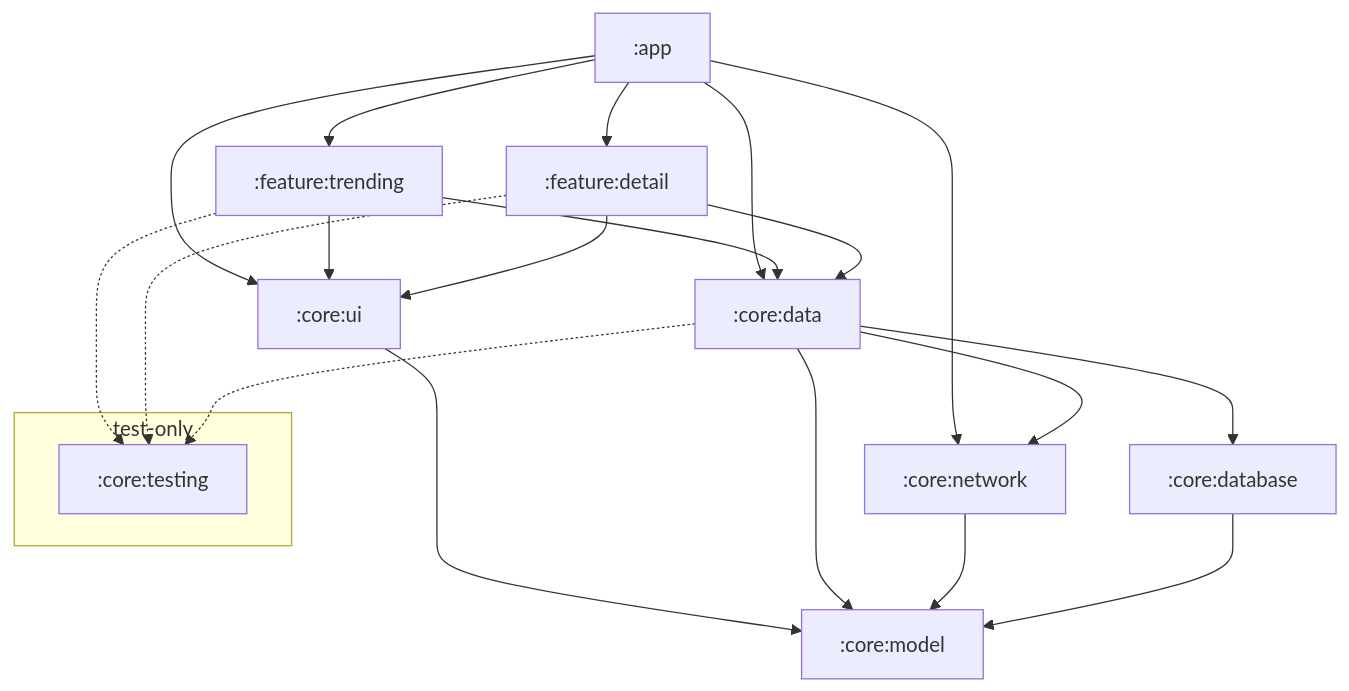
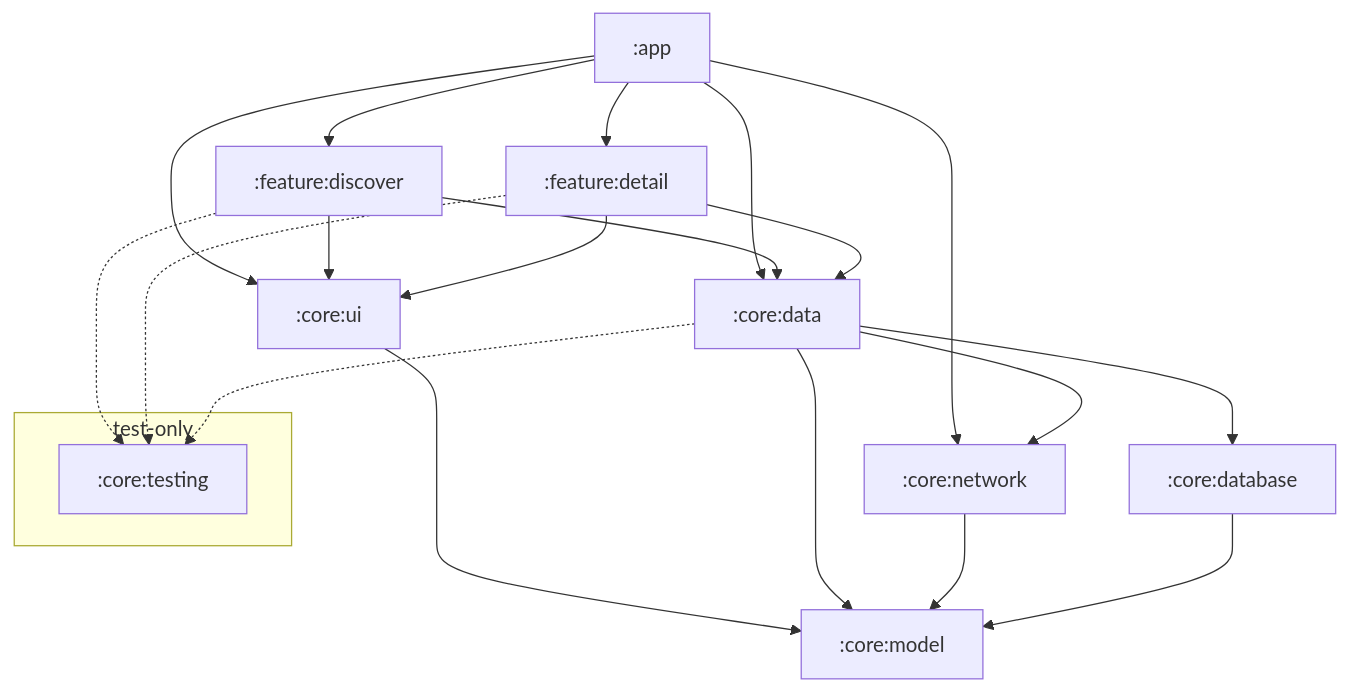
One commit to shayanhimself/AMRO changed the first of 3 diagrams in docs/architecture.md. Above: the diagram before and after it, drawn with Mermaid. The commit also changed other lines of this file and 202 other files, not shown here.

Commit message:
add pagination / switch trending to discover

````diff
--- a/docs/architecture.md
+++ b/docs/architecture.md
@@ -14,40 +14,40 @@
 ```mermaid
 graph TD
     app[":app"]
 
-    trending[":feature:trending"]
+    discover[":feature:discover"]
     detail[":feature:detail"]
 
     ui[":core:ui"]
     data[":core:data"]
     network[":core:network"]
     database[":core:database"]
     model[":core:model"]
 
     subgraph TESTONLY["test-only"]
         coreTest[":core:testing"]
     end
 
-    app --> trending
+    app --> discover
     app --> detail
     app --> ui
     app --> data
     app --> network
 
-    trending --> ui
-    trending --> data
+    discover --> ui
+    discover --> data
     detail --> ui
     detail --> data
 
     ui --> model
 
     data --> network
     data --> database
     data --> model
     network --> model
     database --> model
 
-    trending -.-> coreTest
+    discover -.-> coreTest
     detail -.-> coreTest
     data -.-> coreTest
 ```
````
